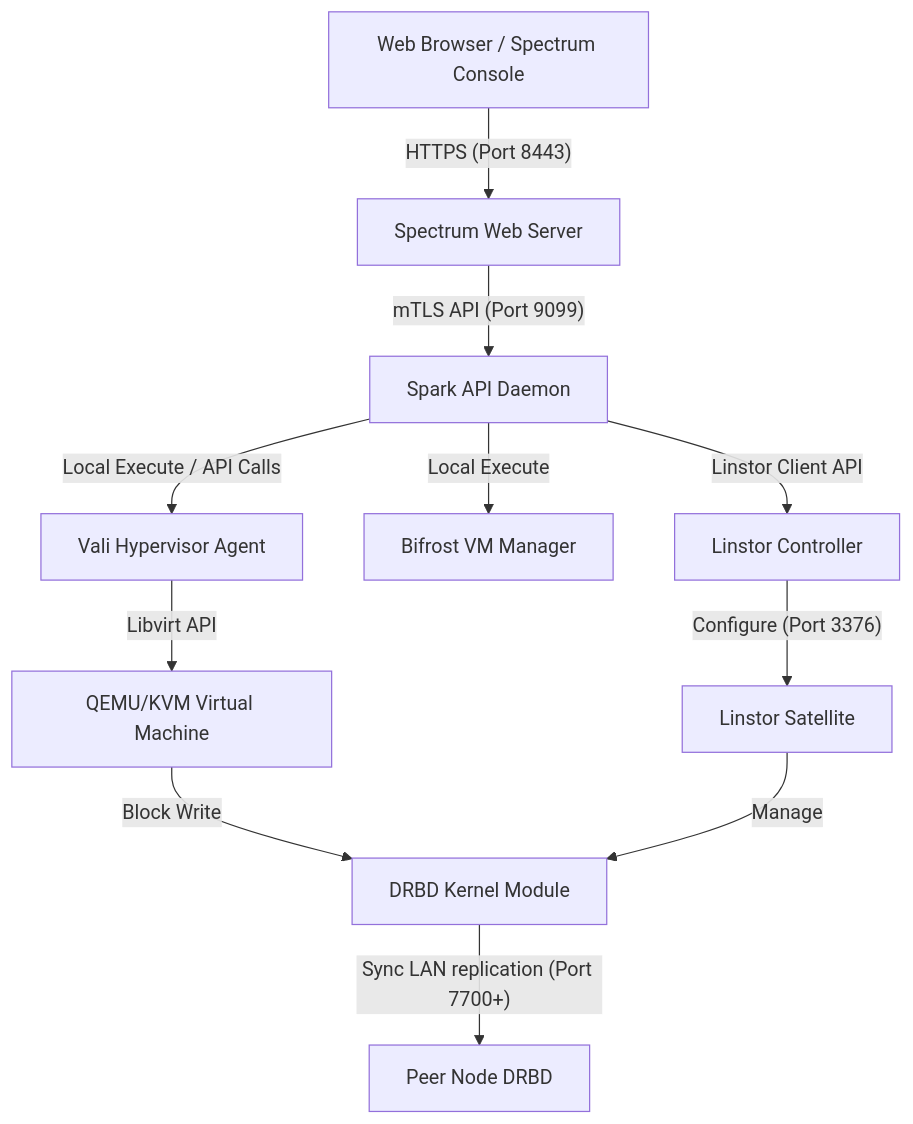
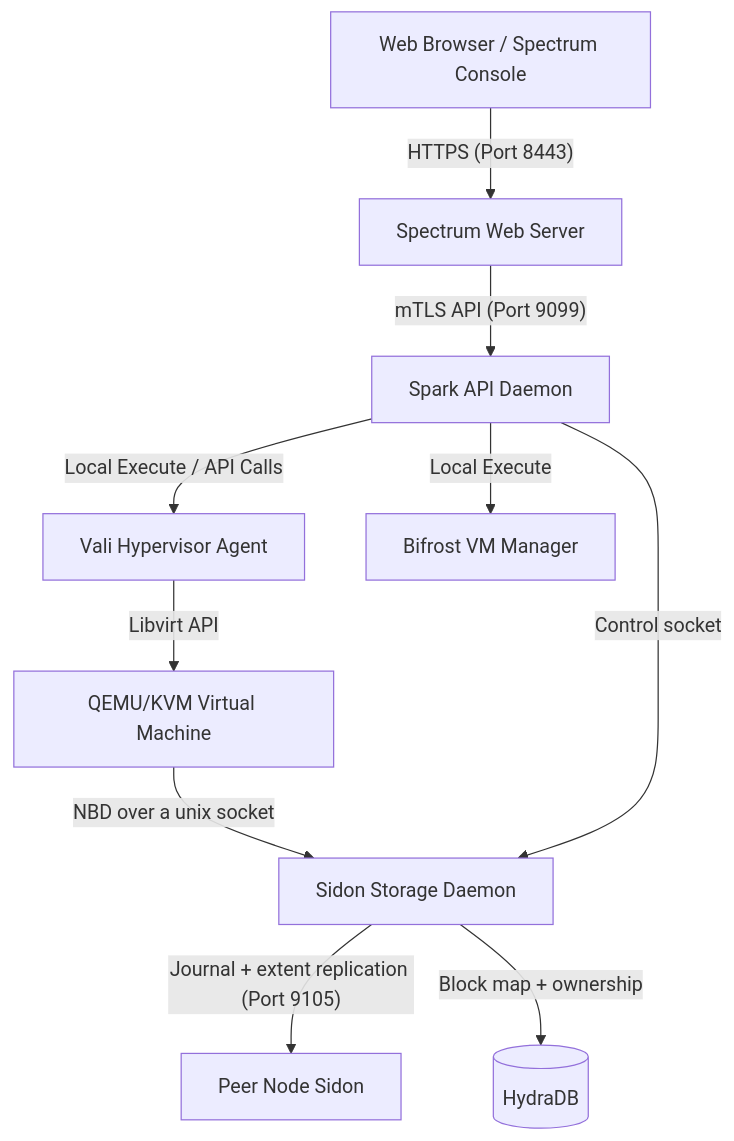
The first of 6 diagrams in docs/hci_master_architecture_guide.md (AuroraRyunix/Helios-HCI), drawn with Mermaid before and after one commit. The commit also changed other lines of this file and 5 other files, not shown here.

````diff
--- a/docs/hci_master_architecture_guide.md
+++ b/docs/hci_master_architecture_guide.md
@@ -30,13 +30,12 @@
 ```mermaid
 graph TD
     UI[Web Browser / Spectrum Console] -- "HTTPS (Port 8443)" --> Spec[Spectrum Web Server]
     Spec -- "mTLS API (Port 9099)" --> Spark[Spark API Daemon]
     Spark -- "Local Execute / API Calls" --> Vali[Vali Hypervisor Agent]
     Spark -- "Local Execute" --> Bifrost[Bifrost VM Manager]
     Vali -- "Libvirt API" --> VM[QEMU/KVM Virtual Machine]
-    VM -- "Block Write" --> DRBD[DRBD Kernel Module]
-    DRBD -- "Sync LAN replication (Port 7700+)" --> PeerDRBD[Peer Node DRBD]
-    Spark -- "Linstor Client API" --> LC[Linstor Controller]
-    LC -- "Configure (Port 3376)" --> LS[Linstor Satellite]
-    LS -- "Manage" --> DRBD
+    VM -- "NBD over a unix socket" --> Sidon[Sidon Storage Daemon]
+    Sidon -- "Journal + extent replication (Port 9105)" --> PeerSidon[Peer Node Sidon]
+    Sidon -- "Block map + ownership" --> Hydra[(HydraDB)]
+    Spark -- "Control socket" --> Sidon
 ```
````
